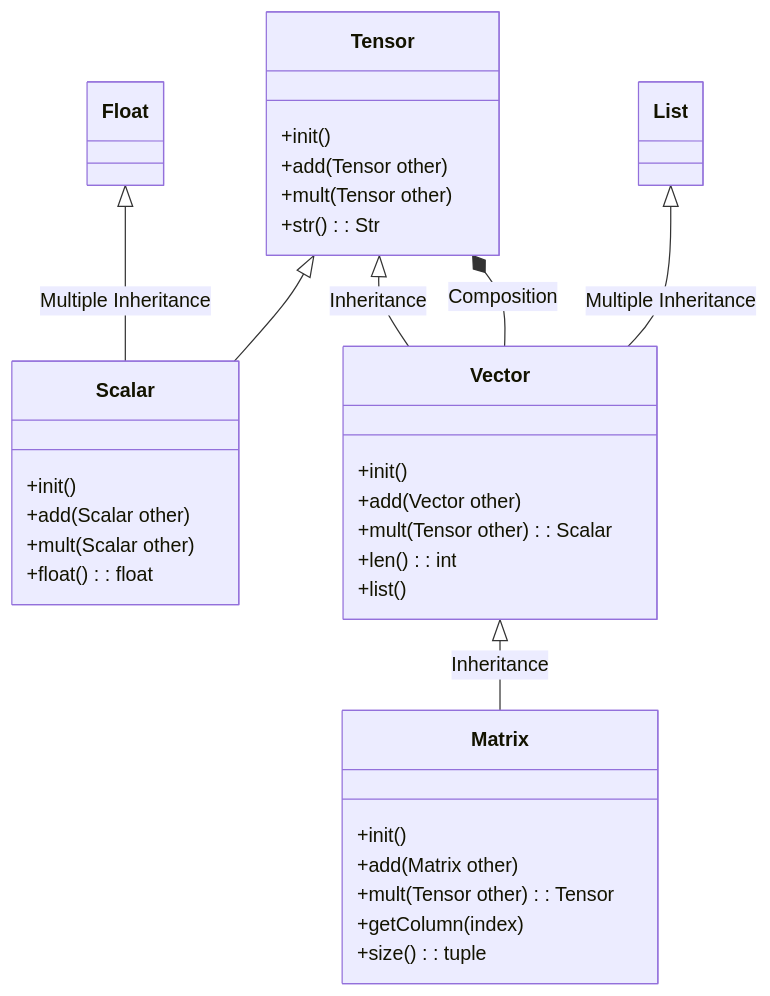
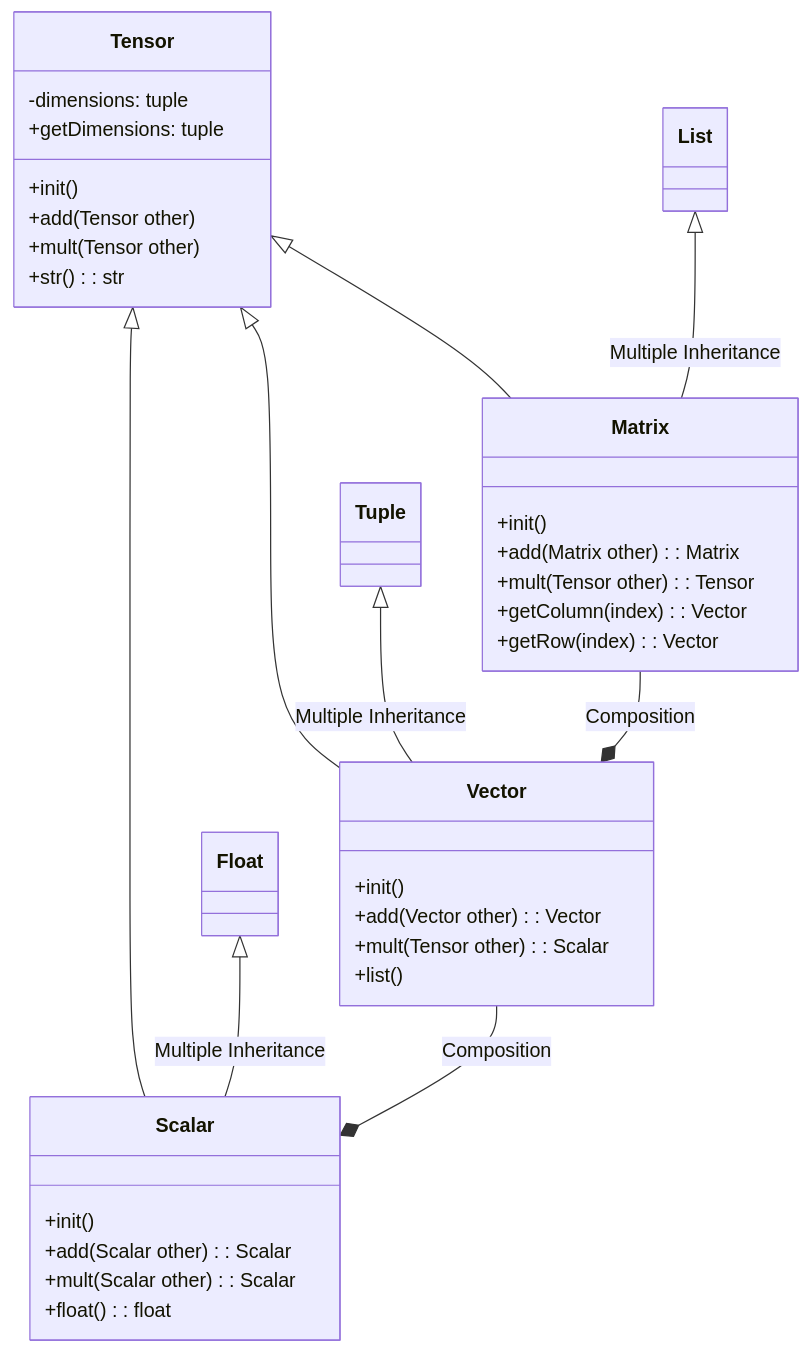
One commit to ElviravdVen/TINLABML_22-23 changed the diagram in diagrams/tensors.md. Above: the diagram before and after it, drawn with Mermaid.

Commit message:
Improved design

````diff
--- a/diagrams/tensors.md
+++ b/diagrams/tensors.md
@@ -1,39 +1,42 @@
 ```mermaid
 classDiagram
     Tensor <|-- Scalar 
-    Tensor <|-- Vector : Inheritance
-    Vector --* Tensor : Composition
+    Tensor <|-- Vector
+    Tensor <|-- Matrix
     Float <|-- Scalar : Multiple Inheritance
-    List <|-- Vector : Multiple Inheritance
-    Vector <|-- Matrix : Inheritance
+    Tuple <|-- Vector : Multiple Inheritance
+    List <|-- Matrix : Multiple Inheritance
+    Vector --* Scalar : Composition
+    Matrix --* Vector : Composition 
 
     class Tensor {
-        +init() 
+        -dimensions: tuple 
+        +init()
         +add(Tensor other) 
         +mult(Tensor other)
-        +str(): Str
+        +getDimensions: tuple
+        +str(): str
     }
 
     class Scalar {
         +init()
-        +add(Scalar other)
-        +mult(Scalar other)
+        +add(Scalar other): Scalar
+        +mult(Scalar other): Scalar
         +float(): float
     }
 
     class Vector {
         +init()
-        +add(Vector other)
+        +add(Vector other): Vector
         +mult(Tensor other): Scalar
-        +len(): int
         +list()
     }
 
     class Matrix {
         +init()
-        +add(Matrix other)
+        +add(Matrix other): Matrix
         +mult(Tensor other): Tensor
-        +getColumn(index)
-        +size(): tuple
+        +getColumn(index): Vector
+        +getRow(index): Vector
     }
 ```
````
